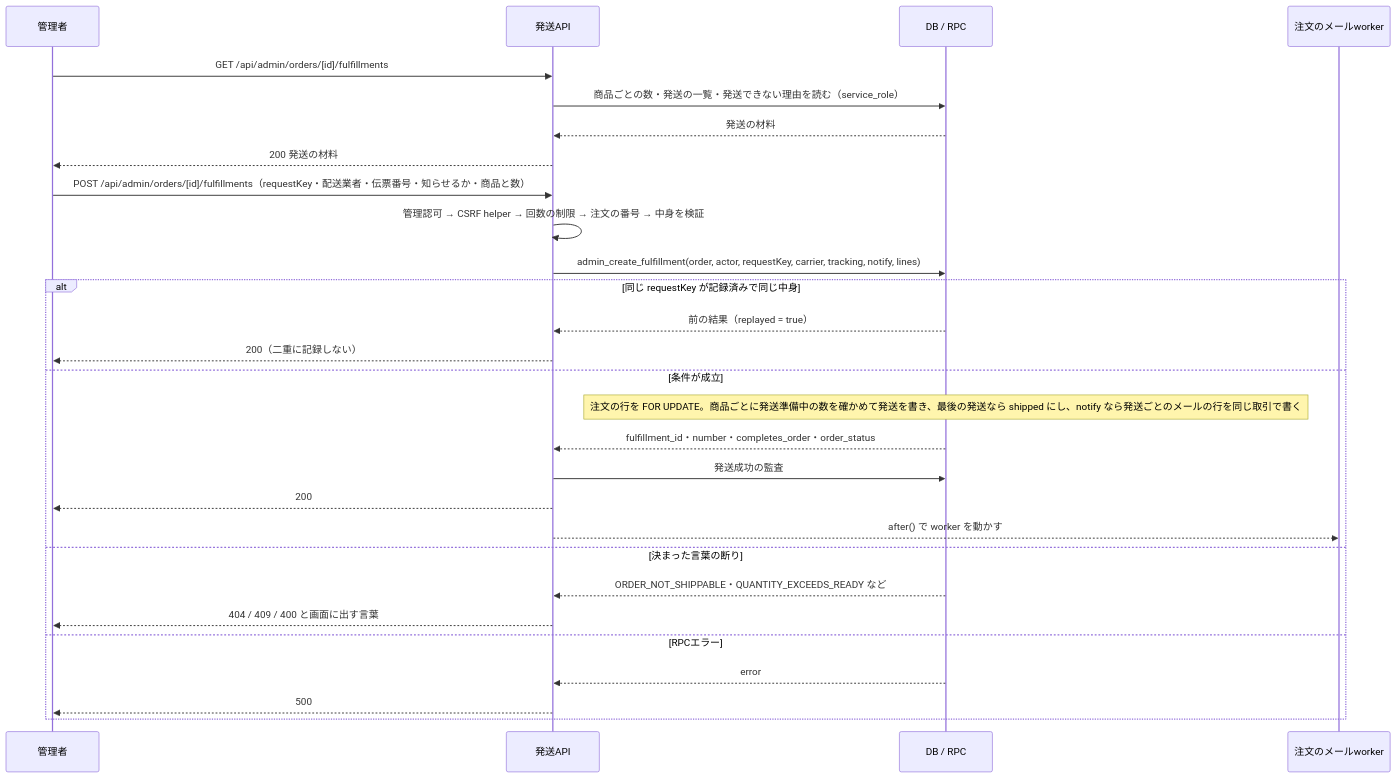
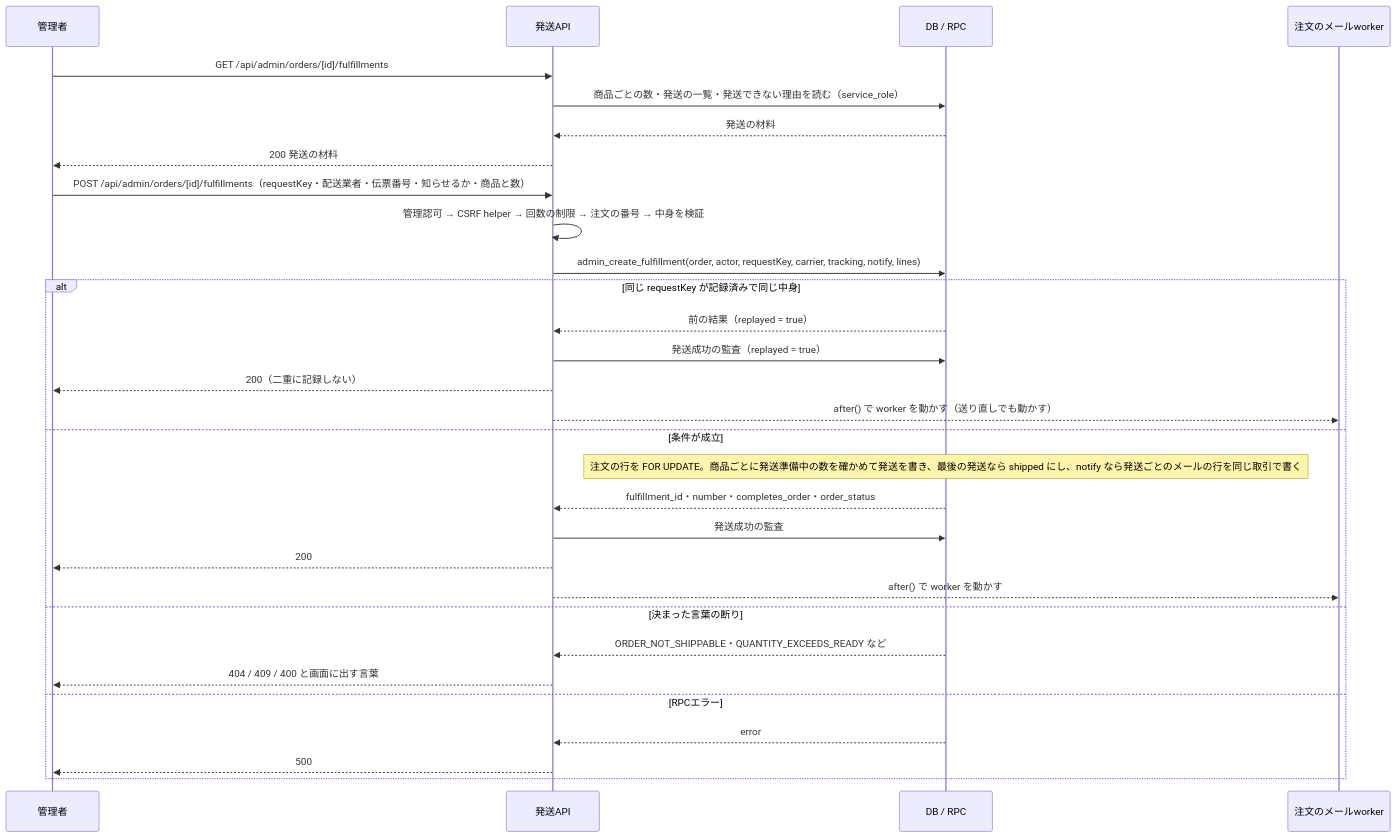
One commit to ChocoWork/o_official changed the second of 6 diagrams in docs/04_DetailDesign/sequence/order-administration.md. Above: the diagram before and after it, drawn with Mermaid. The commit also changed other lines of this file and 9 other files, not shown here.

````diff
--- a/docs/04_DetailDesign/sequence/order-administration.md
+++ b/docs/04_DetailDesign/sequence/order-administration.md
@@ -110,30 +110,32 @@
 ```mermaid
 sequenceDiagram
     participant Admin as 管理者
     participant API as 発送API
     participant DB as DB / RPC
     participant Mail as 注文のメールworker
     Admin->>API: GET /api/admin/orders/[id]/fulfillments
     API->>DB: 商品ごとの数・発送の一覧・発送できない理由を読む（service_role）
     DB-->>API: 発送の材料
     API-->>Admin: 200 発送の材料
     Admin->>API: POST /api/admin/orders/[id]/fulfillments（requestKey・配送業者・伝票番号・知らせるか・商品と数）
     API->>API: 管理認可 → CSRF helper → 回数の制限 → 注文の番号 → 中身を検証
     API->>DB: admin_create_fulfillment(order, actor, requestKey, carrier, tracking, notify, lines)
     alt 同じ requestKey が記録済みで同じ中身
         DB-->>API: 前の結果（replayed = true）
+        API->>DB: 発送成功の監査（replayed = true）
         API-->>Admin: 200（二重に記録しない）
+        API-->>Mail: after() で worker を動かす（送り直しでも動かす）
     else 条件が成立
         Note over DB: 注文の行を FOR UPDATE。商品ごとに発送準備中の数を確かめて発送を書き、最後の発送なら shipped にし、notify なら発送ごとのメールの行を同じ取引で書く
         DB-->>API: fulfillment_id・number・completes_order・order_status
         API->>DB: 発送成功の監査
         API-->>Admin: 200
         API-->>Mail: after() で worker を動かす
     else 決まった言葉の断り
         DB-->>API: ORDER_NOT_SHIPPABLE・QUANTITY_EXCEEDS_READY など
         API-->>Admin: 404 / 409 / 400 と画面に出す言葉
     else RPCエラー
         DB-->>API: error
         API-->>Admin: 500
     end
 ```
````
